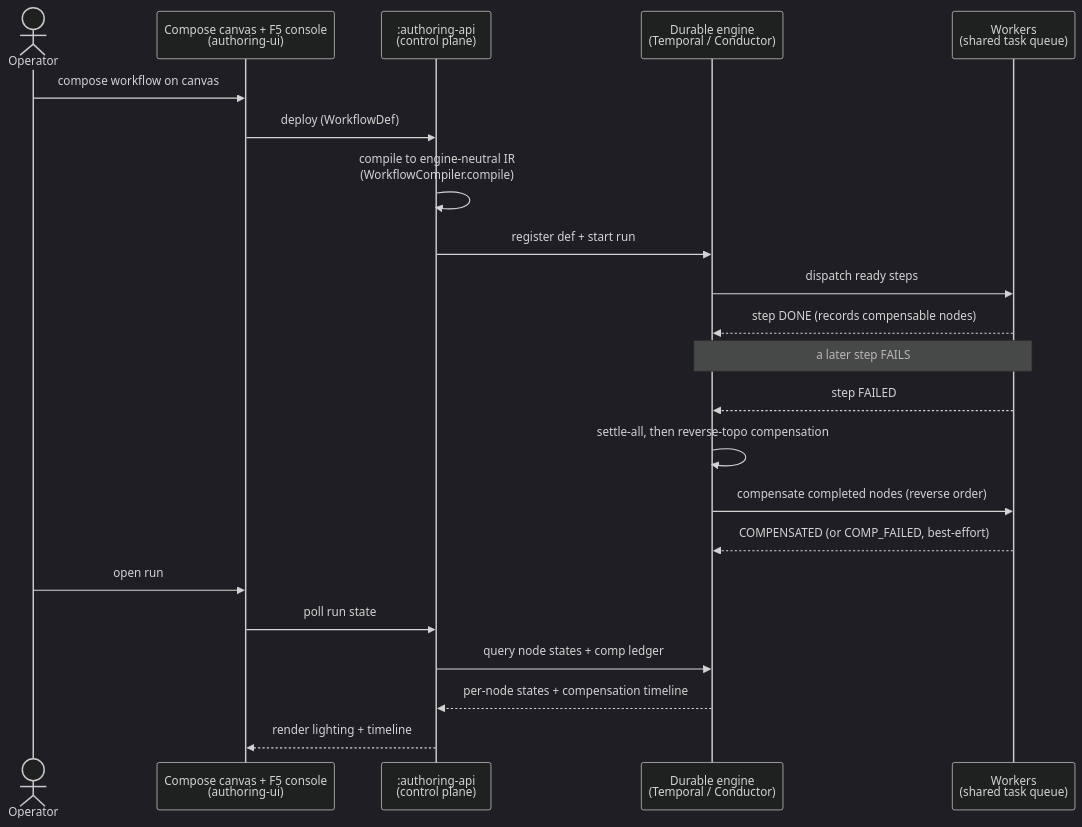
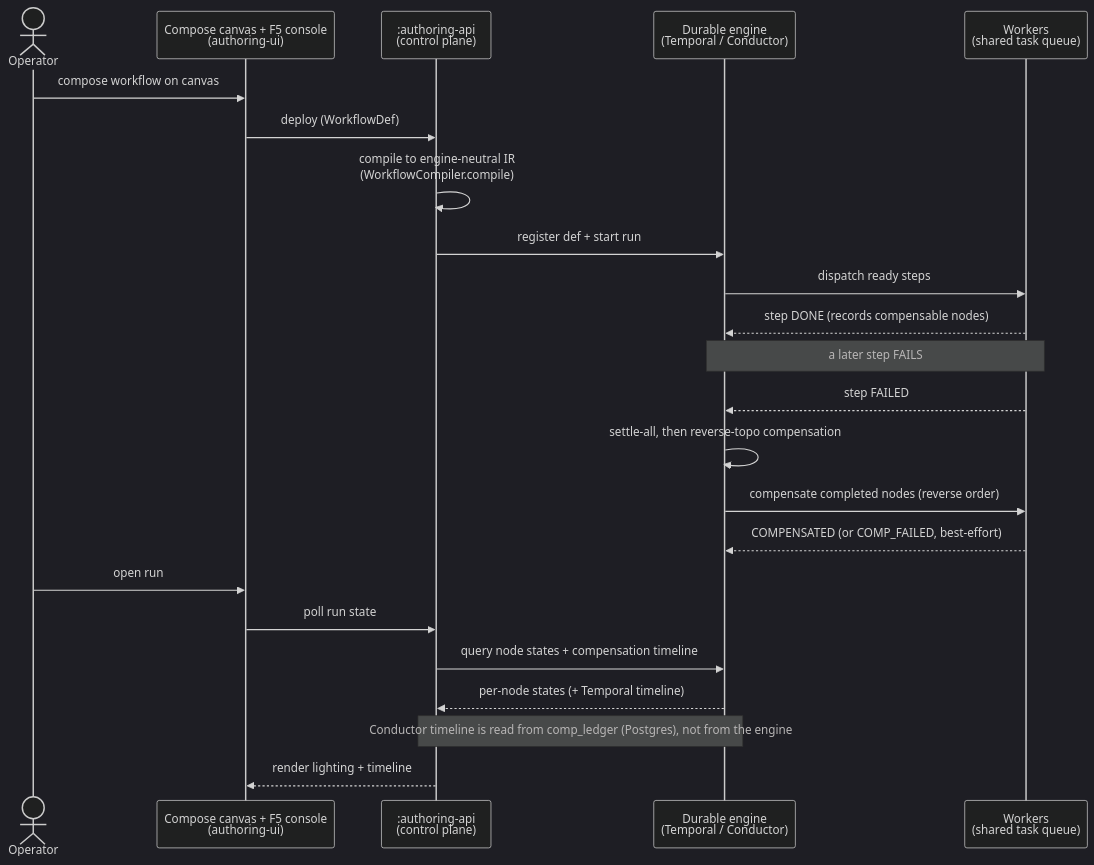
One commit to yggdrasil-iiot/hermod changed the third of 6 diagrams in docs/architecture.md. Above: the diagram before and after it, drawn with Mermaid (dark theme). The commit also changed other lines of this file and 5 other files, not shown here.

````diff
--- a/docs/architecture.md
+++ b/docs/architecture.md
@@ -166,25 +175,26 @@
 ```mermaid
 sequenceDiagram
   actor Op as Operator
   participant UI as Compose canvas + F5 console<br/>(authoring-ui)
   participant API as :authoring-api<br/>(control plane)
   participant Eng as Durable engine<br/>(Temporal / Conductor)
   participant Wk as Workers<br/>(shared task queue)
 
   Op->>UI: compose workflow on canvas
   UI->>API: deploy (WorkflowDef)
   API->>API: compile to engine-neutral IR<br/>(WorkflowCompiler.compile)
   API->>Eng: register def + start run
   Eng->>Wk: dispatch ready steps
   Wk-->>Eng: step DONE (records compensable nodes)
   Note over Eng,Wk: a later step FAILS
   Wk-->>Eng: step FAILED
   Eng->>Eng: settle-all, then reverse-topo compensation
   Eng->>Wk: compensate completed nodes (reverse order)
   Wk-->>Eng: COMPENSATED (or COMP_FAILED, best-effort)
   Op->>UI: open run
   UI->>API: poll run state
-  API->>Eng: query node states + comp ledger
-  Eng-->>API: per-node states + compensation timeline
+  API->>Eng: query node states + compensation timeline
+  Eng-->>API: per-node states (+ Temporal timeline)
+  Note over API,Eng: Conductor timeline is read from comp_ledger (Postgres), not from the engine
   API-->>UI: render lighting + timeline
 ```
````
